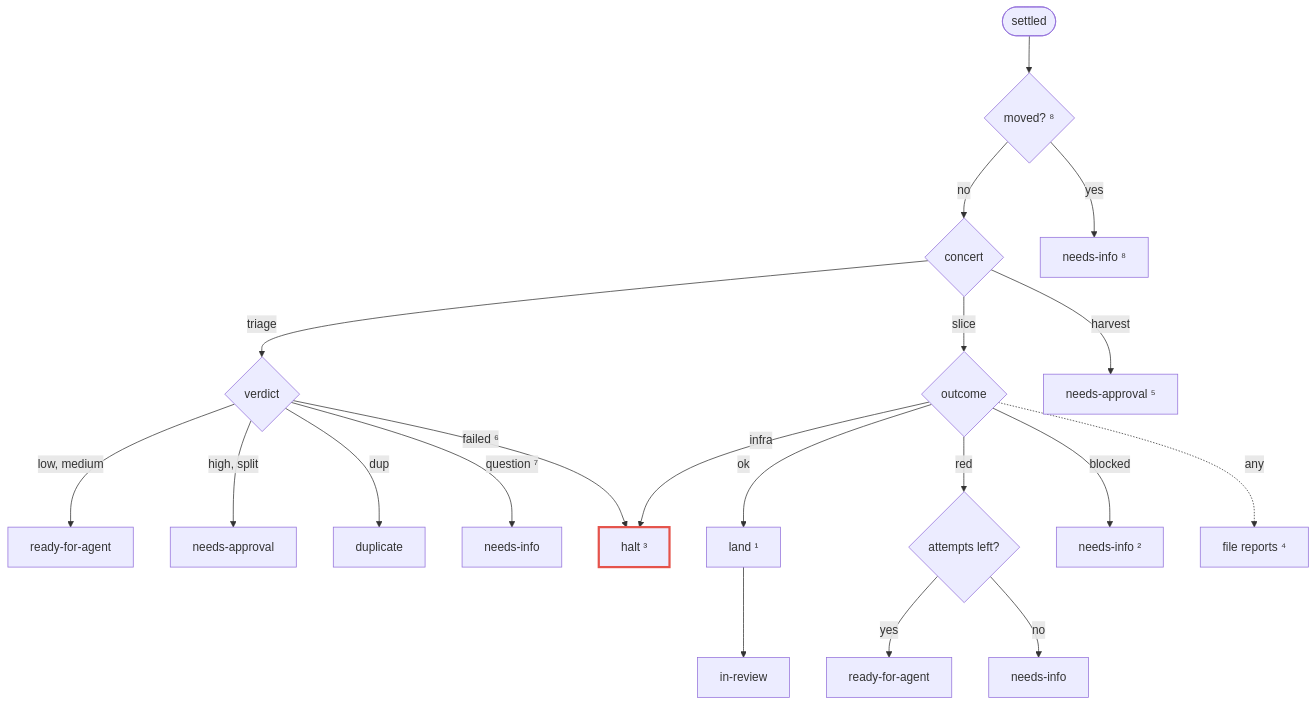
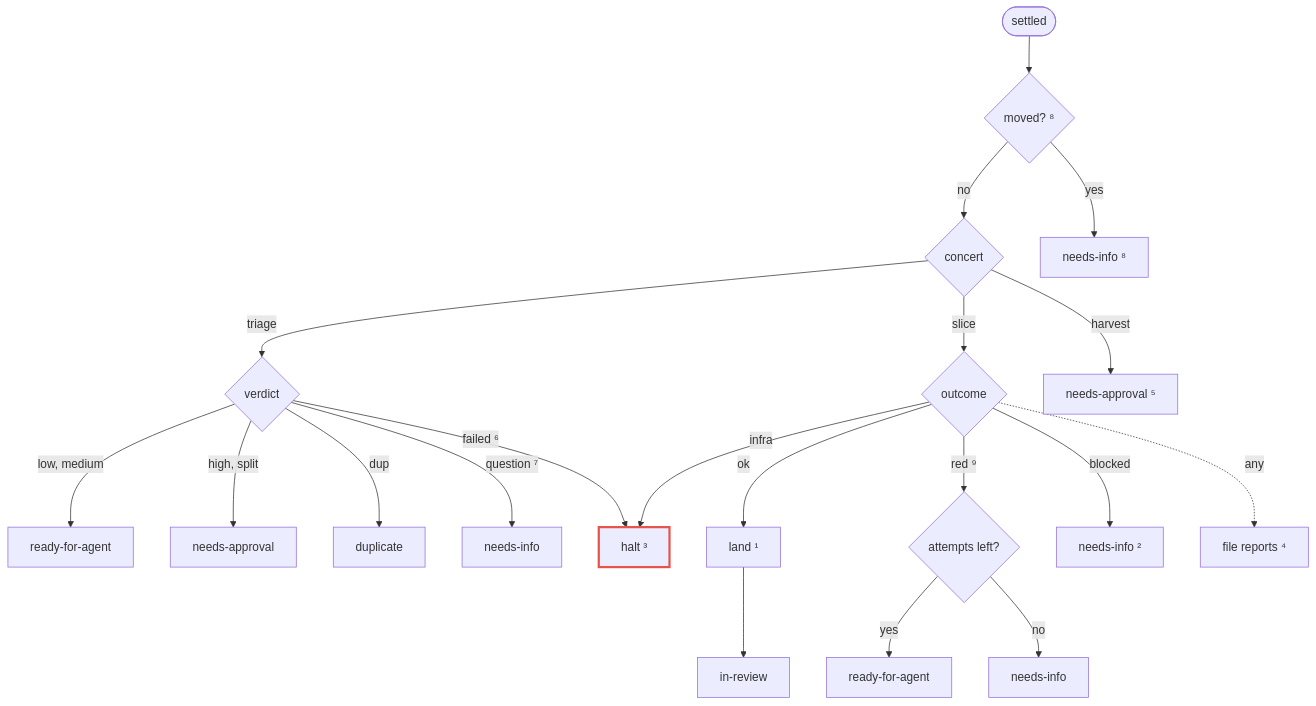
The third of 5 diagrams in docs/agents/factory.md (dvalnn/maestro), drawn with Mermaid before and after one commit. The commit also changed other lines of this file and 3 other files, not shown here.

````diff
--- a/docs/agents/factory.md
+++ b/docs/agents/factory.md
@@ -86,24 +86,24 @@
 ```mermaid
 flowchart TD
     S(["settled"]) --> M{"moved? ⁸"}
     M -->|no| K{"concert"}
     K -->|triage| V{"verdict"}
     V -->|"low, medium"| RA["ready-for-agent"]
     V -->|"high, split"| NA["needs-approval"]
     V -->|dup| DU["duplicate"]
     V -->|"question ⁷"| NI1["needs-info"]
     V -->|"failed ⁶"| HALT
     K -->|slice| O{"outcome"}
     O -->|ok| LAND["land ¹"] --> IR["in-review"]
-    O -->|red| A{"attempts left?"}
+    O -->|"red ⁹"| A{"attempts left?"}
     A -->|yes| RA2["ready-for-agent"]
     A -->|no| NI2["needs-info"]
     O -->|blocked| NI3["needs-info ²"]
     O -->|infra| HALT["halt ³"]
     O -.->|any| REP["file reports ⁴"]
     K -->|harvest| PR["needs-approval ⁵"]
     M -->|yes| PK["needs-info ⁸"]
 
     classDef fault stroke:#e5534b,stroke-width:3px
     class HALT fault
 ```
````
